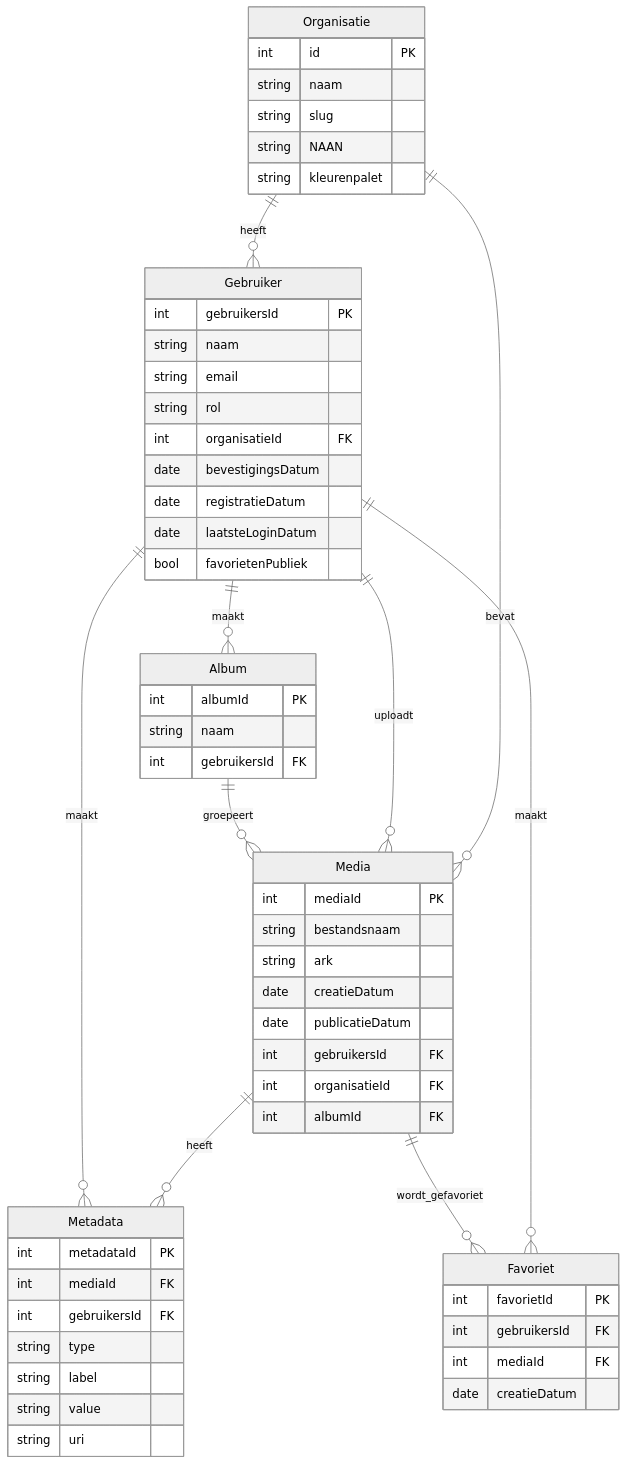
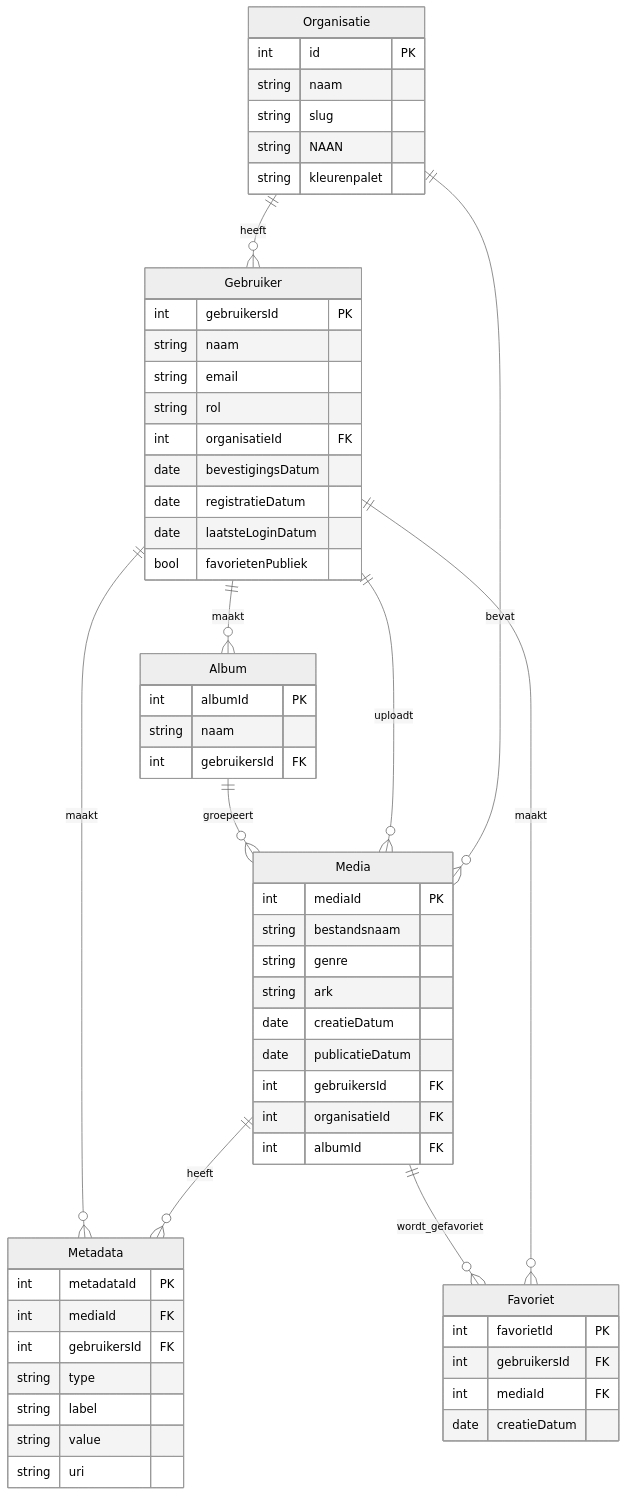
One commit to inside-out-time-machines/design changed the diagram in erd.mermaid.md. Above: the diagram before and after it, drawn with Mermaid (neutral theme). The commit also changed 9 other files, not shown here.

```diff
--- a/erd.mermaid.md
+++ b/erd.mermaid.md
@@ -3,73 +3,77 @@
 <pre class="mermaid">
   erDiagram
 
   Organisatie {
     int id PK
     string naam
     string slug
     string NAAN
     string kleurenpalet
   }
 
   Gebruiker {
     int gebruikersId PK
     string naam
     string email
     string rol
     int organisatieId FK
     date bevestigingsDatum
     date registratieDatum
     date laatsteLoginDatum
     bool favorietenPubliek
   }
 
   Media {
     int mediaId PK
     string bestandsnaam
+    string genre
     string ark
     date creatieDatum
     date publicatieDatum
     int gebruikersId FK
     int organisatieId FK
     int albumId FK
   }
 
   Metadata {
     int metadataId PK
     int mediaId FK
     int gebruikersId FK
     string type
     string label
     string value
     string uri
   }
 
   Album {
     int albumId PK
     string naam
     int gebruikersId FK
   }
 
   Favoriet {
     int favorietId PK
     int gebruikersId FK
     int mediaId FK
     date creatieDatum
   }
 
+  %% Locatie- en tijdlijngegevens (adres, openings-/sluitingsjaar, geo-WKT, archiefbron)
+  %% worden vastgelegd als Metadata-rijen op Media; er is geen apart locatiemodel.
+
   %% Relationships
   Organisatie ||--o{ Gebruiker : "heeft"
   Organisatie ||--o{ Media : "bevat"
 
   Gebruiker ||--o{ Media : "uploadt"
   Gebruiker ||--o{ Album : "maakt"
 
   Album ||--o{ Media : "groepeert"
 
   Media ||--o{ Metadata : "heeft"
 
   Gebruiker ||--o{ Favoriet : "maakt"
   Media ||--o{ Favoriet : "wordt_gefavoriet"
 
   Gebruiker ||--o{ Metadata : "maakt"
 </pre>
```
